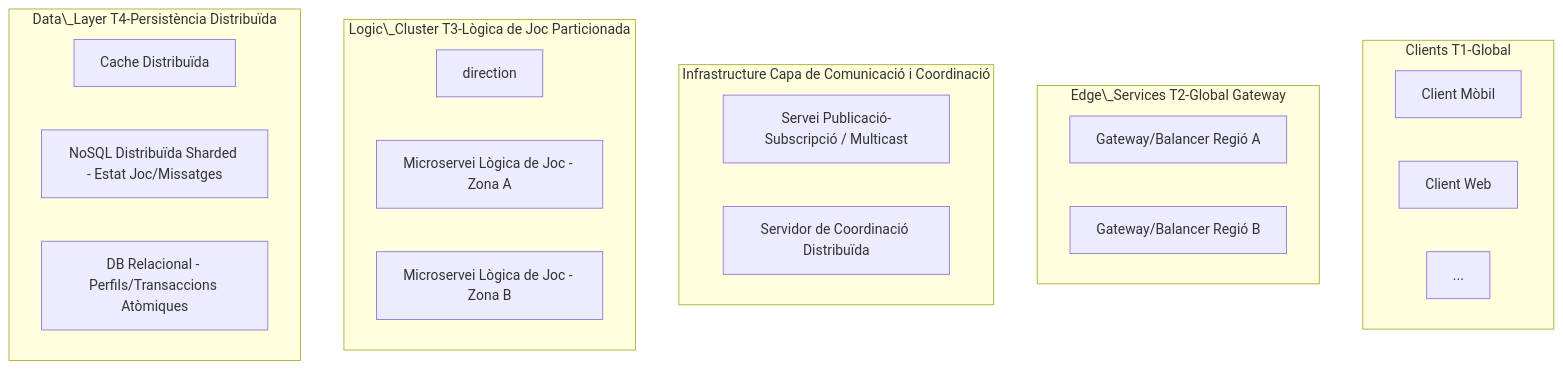
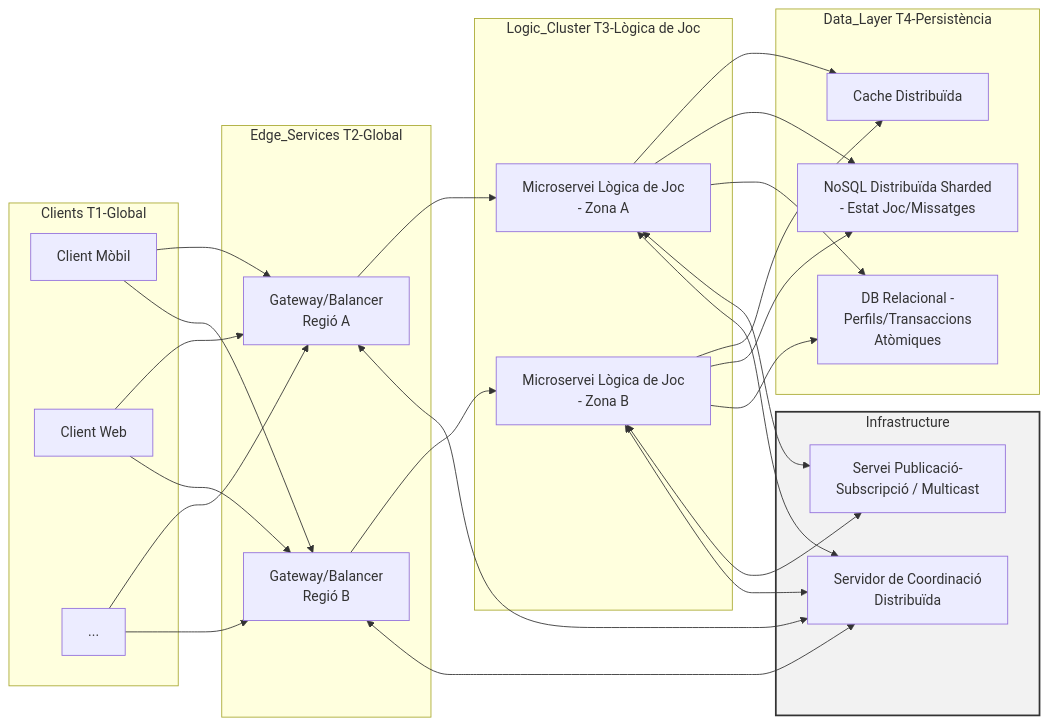
The diagram in PAC1_Ex5.md (abolance/LocalizaMe), drawn with Mermaid before and after one commit. The commit also changed other lines of this file, not shown here.

Commit message:
Update mermaid diagram structure and connections

````diff
--- a/PAC1_Ex5.md
+++ b/PAC1_Ex5.md
@@ -1,30 +1,47 @@
 ```mermaid
-graph TD
-subgraph Clients T1-Global
-C1\[Client Mòbil]
-C2\[Client Web]
-C3\[...]
-end
+graph LR
+    subgraph Clients T1-Global
+        C1["Client Mòbil"]
+        C2["Client Web"]
+        C3["..."]
+    end
 
-subgraph Edge\_Services T2-Global Gateway
-G1\[Gateway/Balancer Regió A]
-G2\[Gateway/Balancer Regió B]
-end
+    subgraph Edge_Services T2-Global
+        G1["Gateway/Balancer<br>Regió A"]
+        G2["Gateway/Balancer<br>Regió B"]
+    end
 
-subgraph Infrastructure Capa de Comunicació i Coordinació
-PSB\[Servei Publicació-Subscripció / Multicast]
-COORD\[Servidor de Coordinació Distribuïda]
-end
+    subgraph Logic_Cluster T3-Lògica de Joc
+        LGA["Microservei Lògica de Joc<br>- Zona A"]
+        LGB["Microservei Lògica de Joc<br>- Zona B"]
+    end
+    
+    subgraph Infrastructure
+        style Infrastructure fill:#f2f2f2,stroke:#333,stroke-width:2px
+        PSB["Servei Publicació-<br>Subscripció / Multicast"]
+        COORD["Servidor de Coordinació<br>Distribuïda"]
+    end
 
-subgraph Logic\_Cluster T3-Lògica de Joc Particionada
-LR\[direction]
-LGA\[Microservei Lògica de Joc - Zona A]
-LGB\[Microservei Lògica de Joc - Zona B]
-end
+    subgraph Data_Layer T4-Persistència
+        DCACHE["Cache Distribuïda"]
+        DDB["NoSQL Distribuïda Sharded<br>- Estat Joc/Missatges"]
+        RDB["DB Relacional -<br>Perfils/Transaccions<br>Atòmiques"]
+    end
 
-subgraph Data\_Layer T4-Persistència Distribuïda
-DCACHE\[Cache Distribuïda]
-DDB\[NoSQL Distribuïda Sharded - Estat Joc/Missatges]
-RDB\[DB Relacional - Perfils/Transaccions Atòmiques]
-end
+    %% --- Conexiones del Flujo Principal ---
+    C1 & C2 & C3 --> G1
+    C1 & C2 & C3 --> G2
+    
+    G1 --> LGA
+    G2 --> LGB
+    
+    LGA --> DCACHE & DDB & RDB
+    LGB --> DCACHE & DDB & RDB
+
+    %% --- Conexiones con la Infraestructura ---
+    LGA <--> PSB
+    LGB <--> PSB
+    
+    G1 & G2 <--> COORD
+    LGA & LGB <--> COORD
 ```
````
